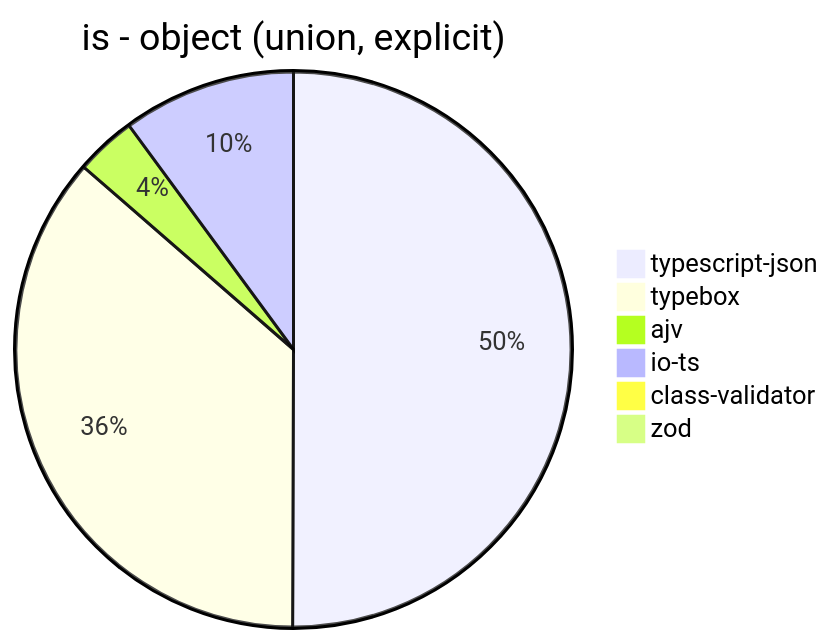
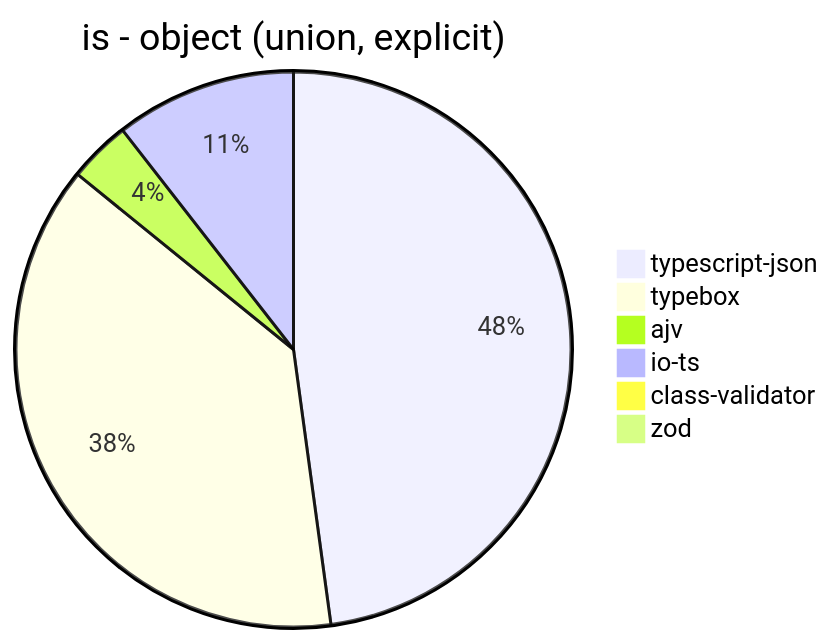
The third of 39 diagrams in benchmark/results/11th Gen Intel(R) Core(TM) i5-1135G7 @ 2.40GHz.md (samchon/typia), drawn with Mermaid before and after one commit. The commit also changed other lines of this file and 7 other files, not shown here.

````diff
--- a/benchmark/results/11th Gen Intel(R) Core(TM) i5-1135G7 @ 2.40GHz.md
+++ b/benchmark/results/11th Gen Intel(R) Core(TM) i5-1135G7 @ 2.40GHz.md
@@ -43,9 +43,9 @@
 ```mermaid
 pie title is - object (union, explicit)
-  "typescript-json": 15859.748072946042
-  "typebox": 11516.663631396832
-  "ajv": 1117.5094475436385
-  "io-ts": 3193.8794209272496
-  "class-validator": 16.305354826755604
-  "zod": 32.13003213003213
+  "typescript-json": 15127.831715210355
+  "typebox": 12016.369047619048
+  "ajv": 1143.804087645001
+  "io-ts": 3330.5985455901546
+  "class-validator": 16.18705035971223
+  "zod": 33.080761411938646
 ```
````
